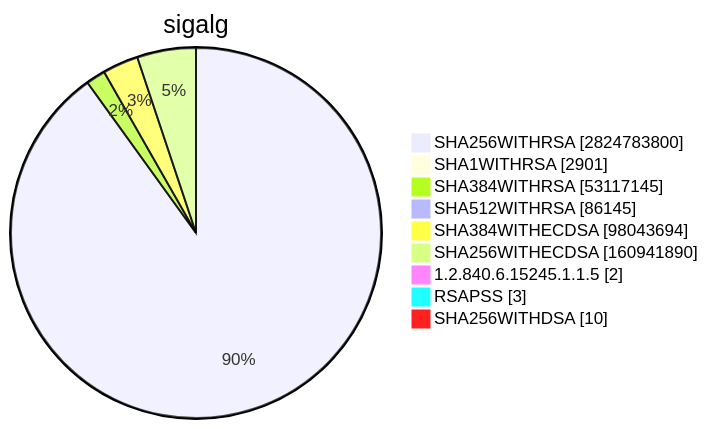
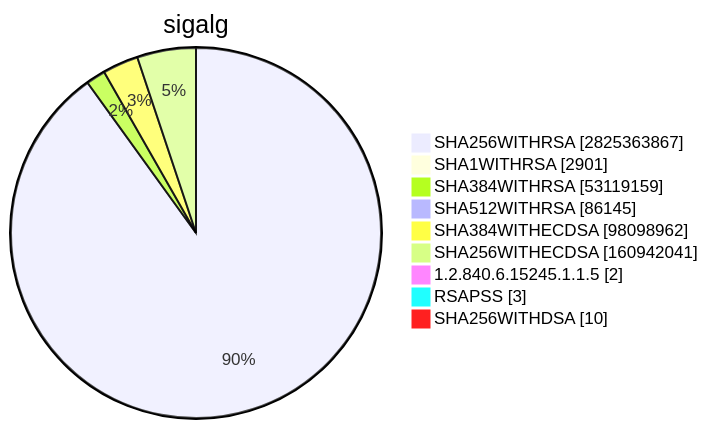
Before and after one commit to christiankrug/ctmonitor_visualization: diagram 15 of 15 in TOTAL/README.md, drawn with Mermaid. The commit also changed other lines of this file, not shown here.

````diff
--- a/TOTAL/README.md
+++ b/TOTAL/README.md
@@ -6207,13 +6207,13 @@
 ```mermaid
 pie showData
 title sigalg
-"SHA256WITHRSA" :2824783800
+"SHA256WITHRSA" :2825363867
 "SHA1WITHRSA" :2901
-"SHA384WITHRSA" :53117145
+"SHA384WITHRSA" :53119159
 "SHA512WITHRSA" :86145
-"SHA384WITHECDSA" :98043694
-"SHA256WITHECDSA" :160941890
+"SHA384WITHECDSA" :98098962
+"SHA256WITHECDSA" :160942041
 "1.2.840.6.15245.1.1.5" :2
 "RSAPSS" :3
 "SHA256WITHDSA" :10
 ```
````
